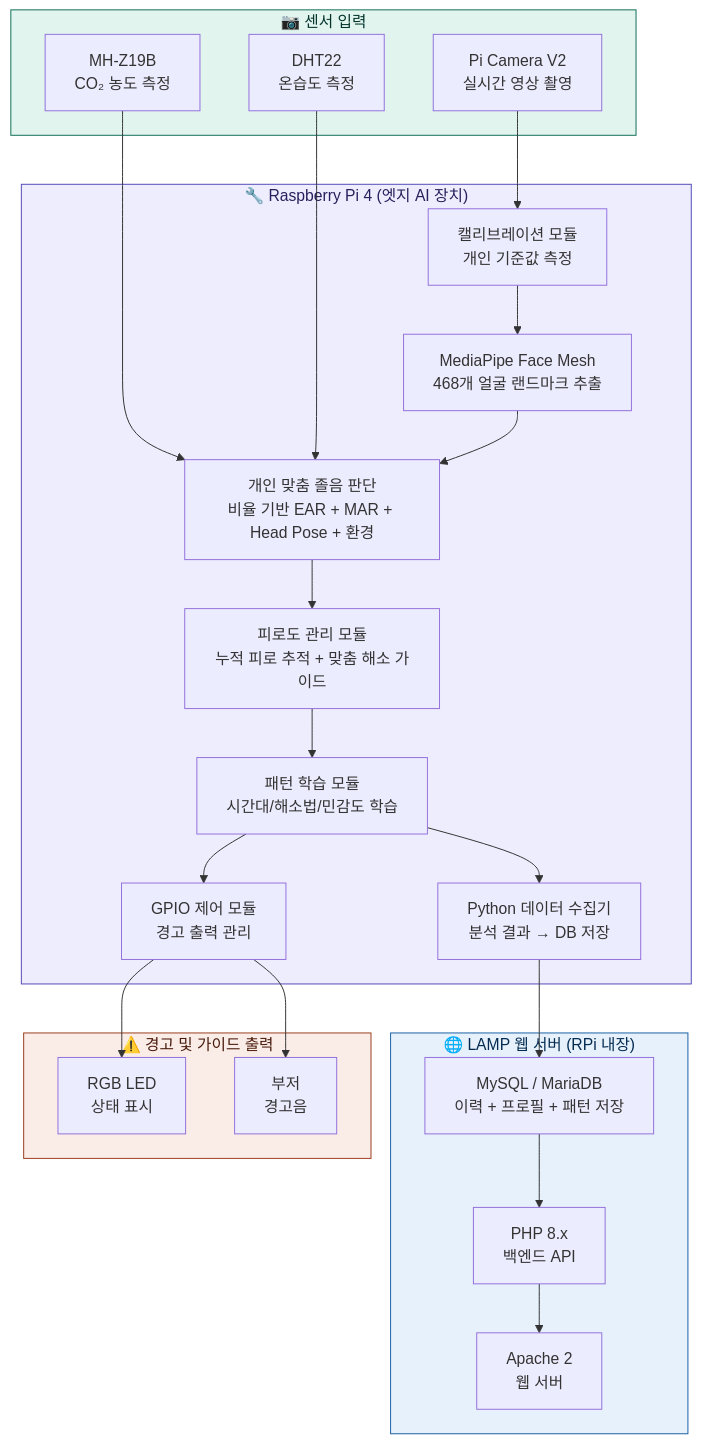
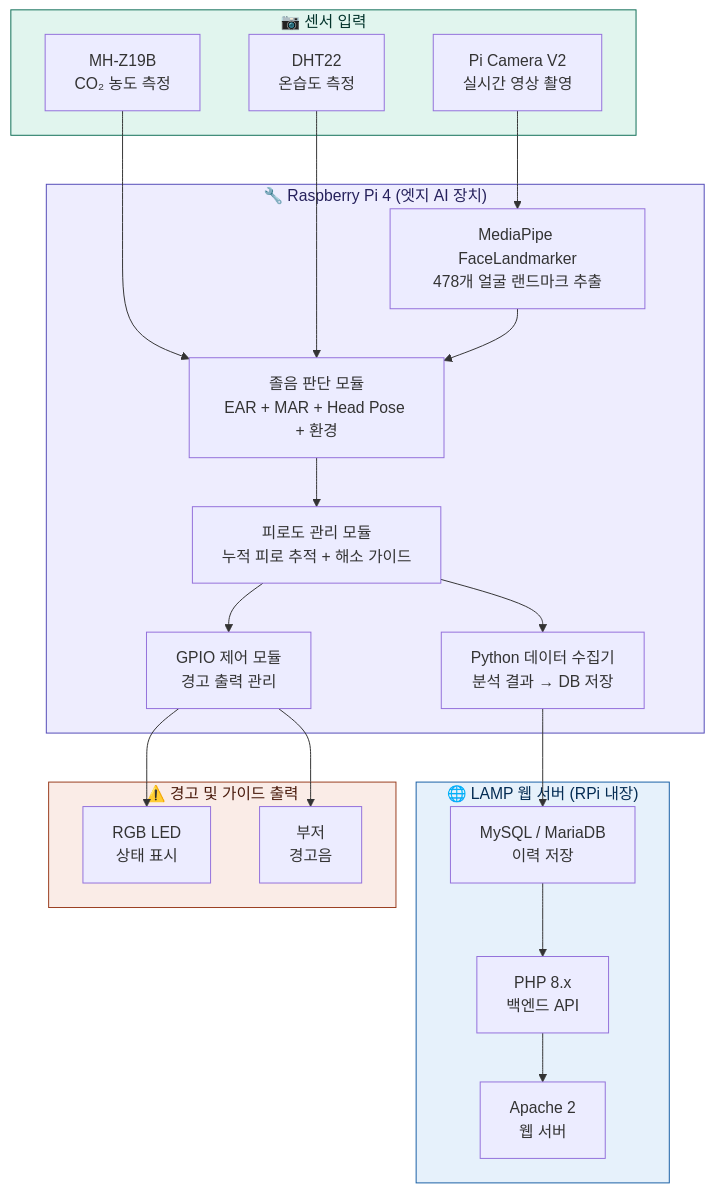
One commit to pgh165/capstone changed the first of 11 diagrams in project.md. Above: the diagram before and after it, drawn with Mermaid. The commit also changed other lines of this file and 13 other files, not shown here.

````diff
--- a/project.md
+++ b/project.md
@@ -32,49 +31,45 @@
 ```mermaid
 graph TB
     subgraph SENSOR["📷 센서 입력"]
         CAM["Pi Camera V2<br/>실시간 영상 촬영"]
         CO2["MH-Z19B<br/>CO₂ 농도 측정"]
         DHT["DHT22<br/>온습도 측정"]
     end
 
     subgraph RPI["🔧 Raspberry Pi 4 (엣지 AI 장치)"]
-        CALIB["캘리브레이션 모듈<br/>개인 기준값 측정"]
-        MP["MediaPipe Face Mesh<br/>468개 얼굴 랜드마크 추출"]
-        ALG["개인 맞춤 졸음 판단<br/>비율 기반 EAR + MAR + Head Pose + 환경"]
-        FATIGUE["피로도 관리 모듈<br/>누적 피로 추적 + 맞춤 해소 가이드"]
-        LEARN["패턴 학습 모듈<br/>시간대/해소법/민감도 학습"]
+        MP["MediaPipe FaceLandmarker<br/>478개 얼굴 랜드마크 추출"]
+        ALG["졸음 판단 모듈<br/>EAR + MAR + Head Pose + 환경"]
+        FATIGUE["피로도 관리 모듈<br/>누적 피로 추적 + 해소 가이드"]
         GPIO["GPIO 제어 모듈<br/>경고 출력 관리"]
         PYTHON["Python 데이터 수집기<br/>분석 결과 → DB 저장"]
     end
 
     subgraph LAMP["🌐 LAMP 웹 서버 (RPi 내장)"]
         APACHE["Apache 2<br/>웹 서버"]
         PHP["PHP 8.x<br/>백엔드 API"]
-        MYSQL["MySQL / MariaDB<br/>이력 + 프로필 + 패턴 저장"]
+        MYSQL["MySQL / MariaDB<br/>이력 저장"]
     end
 
     subgraph OUTPUT["⚠️ 경고 및 가이드 출력"]
         LED["RGB LED<br/>상태 표시"]
         BUZ["부저<br/>경고음"]
     end
 
-    CAM --> CALIB
-    CALIB --> MP
+    CAM --> MP
     CO2 --> ALG
     DHT --> ALG
     MP --> ALG
     ALG --> FATIGUE
-    FATIGUE --> LEARN
-    LEARN --> GPIO
-    LEARN --> PYTHON
+    FATIGUE --> GPIO
+    FATIGUE --> PYTHON
     PYTHON --> MYSQL
     GPIO --> LED
     GPIO --> BUZ
     MYSQL --> PHP
     PHP --> APACHE
 
     style SENSOR fill:#E1F5EE,stroke:#0F6E56,color:#04342C
     style RPI fill:#EEEDFE,stroke:#534AB7,color:#26215C
     style LAMP fill:#E6F1FB,stroke:#185FA5,color:#042C53
     style OUTPUT fill:#FAECE7,stroke:#993C1D,color:#4A1B0C
 ```
````
